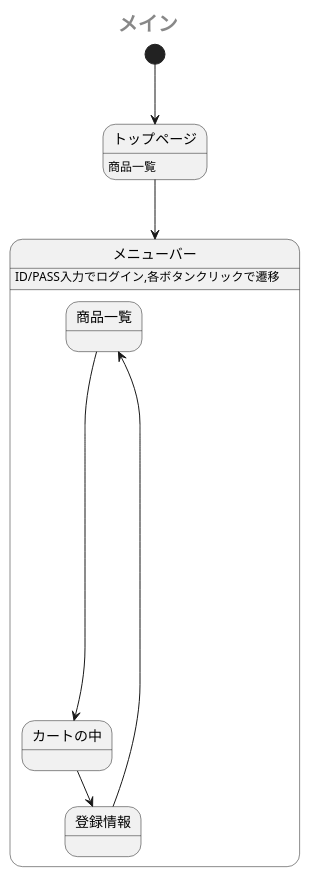
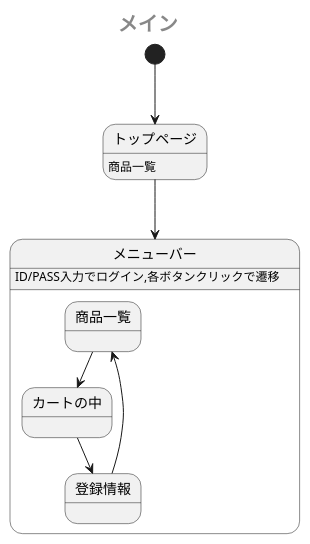
One commit to Aso2001385/2021sys-design changed the first of 2 diagrams in sample/StateMachine.md. Above: the diagram before and after it, drawn with PlantUML.

````diff
--- a/sample/StateMachine.md
+++ b/sample/StateMachine.md
@@ -1,16 +1,16 @@
 ```uml
 @startuml
  center header <size:20><b>メイン</b></size>
  [*] --> トップページ
  トップページ: 商品一覧
  トップページ --> メニューバー
  state メニューバー {
    メニューバー: ID/PASS入力でログイン,各ボタンクリックで遷移
-   商品一覧 -----------> カートの中
+   商品一覧 --> カートの中
    カートの中 --> 登録情報
-   登録情報 -up-> 商品一覧
+   登録情報 --> 商品一覧
 
  }
  
 @enduml
 ```
````
